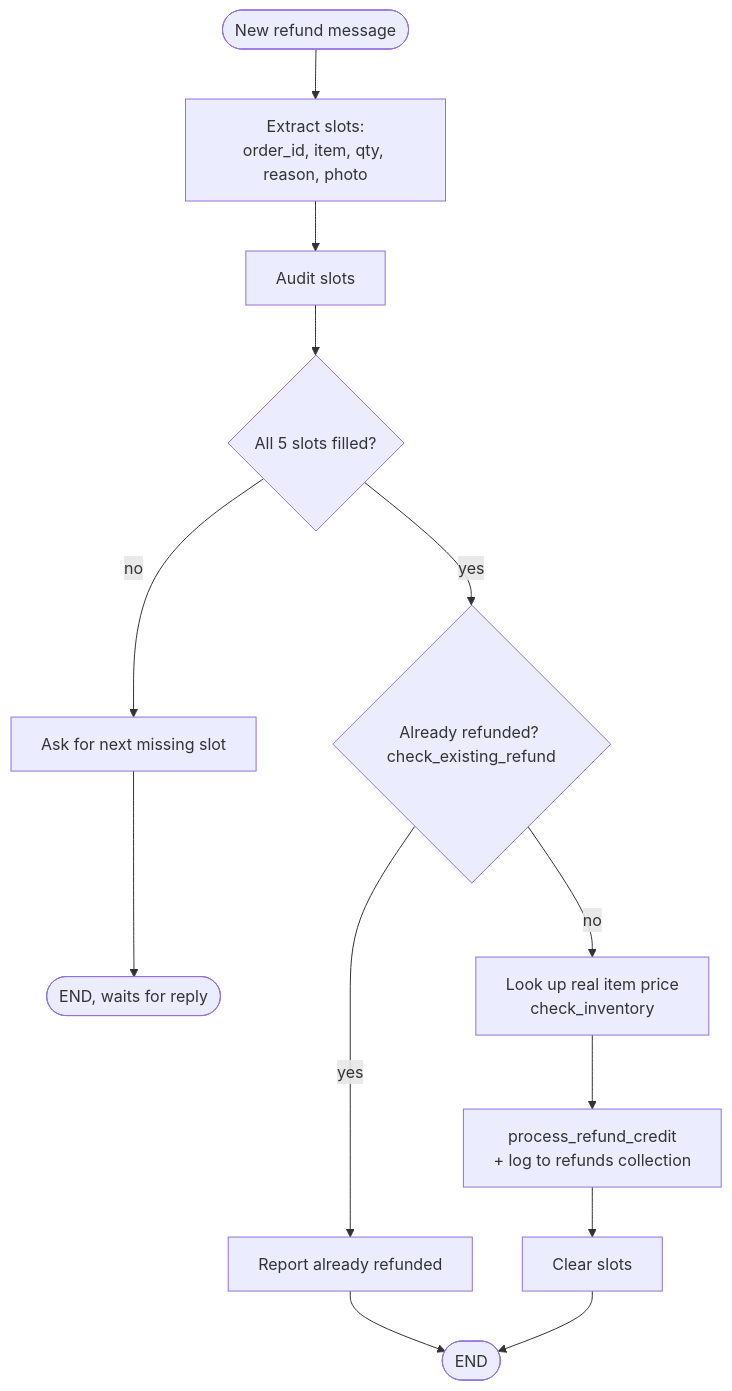
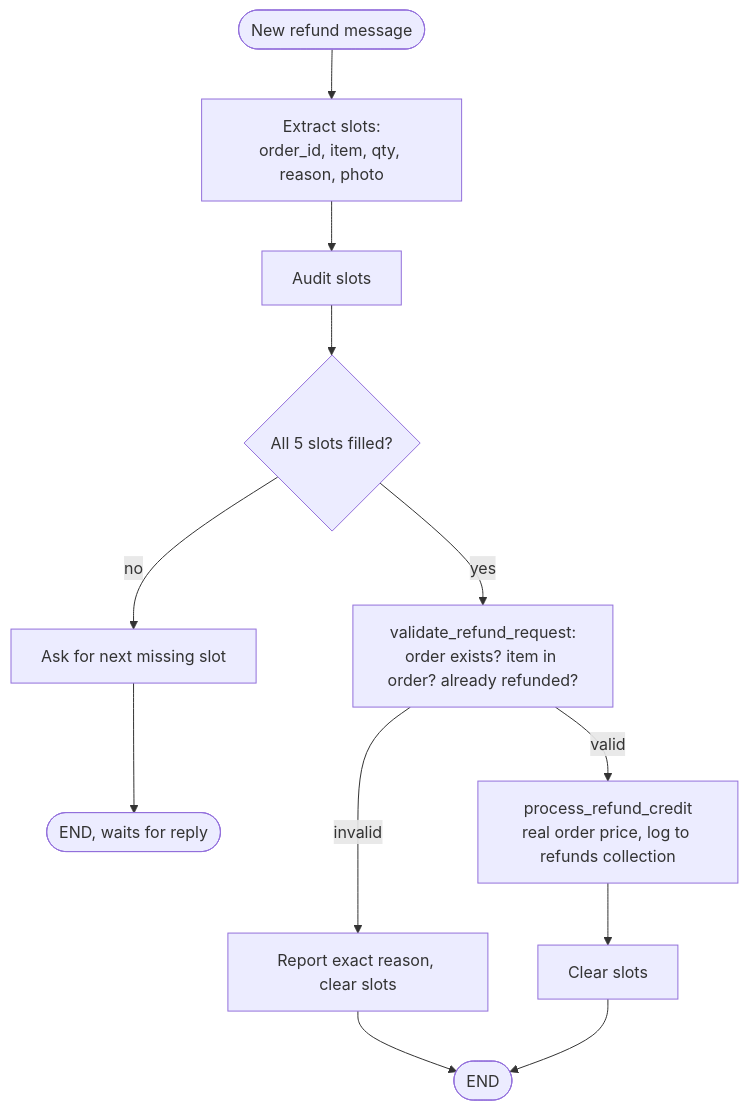
Before and after one commit to nirajp728/quick-commerce-agentic-ai: the fourth of 7 diagrams in README.md, drawn with Mermaid. The commit also changed other lines of this file, not shown here.

````diff
--- a/README.md
+++ b/README.md
@@ -141,15 +151,14 @@
 ```mermaid
 flowchart TD
     START([New refund message]) --> EXTRACT[Extract slots:<br/>order_id, item, qty, reason, photo]
     EXTRACT --> AUDIT[Audit slots]
     AUDIT --> CHECK{All 5 slots filled?}
     CHECK -->|no| ASK[Ask for next missing slot]
     ASK --> END1([END, waits for reply])
-    CHECK -->|yes| DUP{Already refunded? check_existing_refund}
-    DUP -->|yes| BLOCK[Report already refunded]
-    DUP -->|no| PRICE[Look up real item price<br/>check_inventory]
-    PRICE --> CREDIT[process_refund_credit<br/>+ log to refunds collection]
+    CHECK -->|yes| VALIDATE[validate_refund_request:<br/>order exists? item in order? already refunded?]
+    VALIDATE -->|invalid| REJECT[Report exact reason, clear slots]
+    VALIDATE -->|valid| CREDIT[process_refund_credit<br/>real order price, log to refunds collection]
     CREDIT --> CLEAR[Clear slots]
-    BLOCK --> END2([END])
+    REJECT --> END2([END])
     CLEAR --> END2
 ```
````
